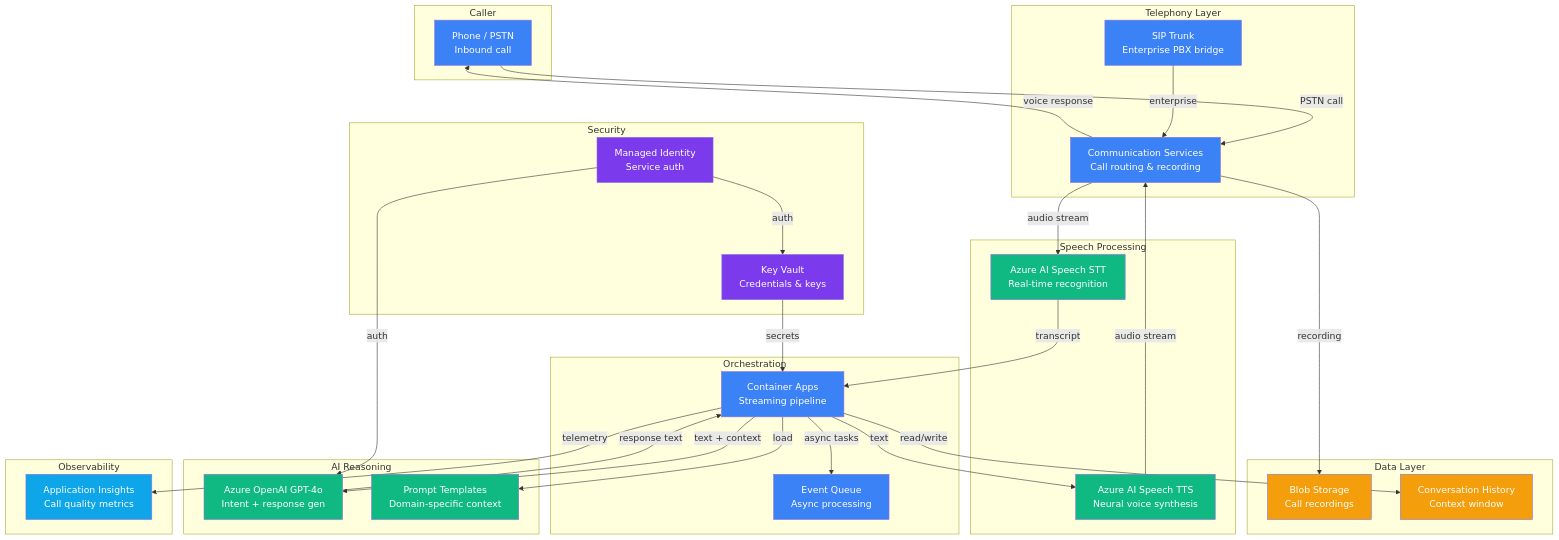
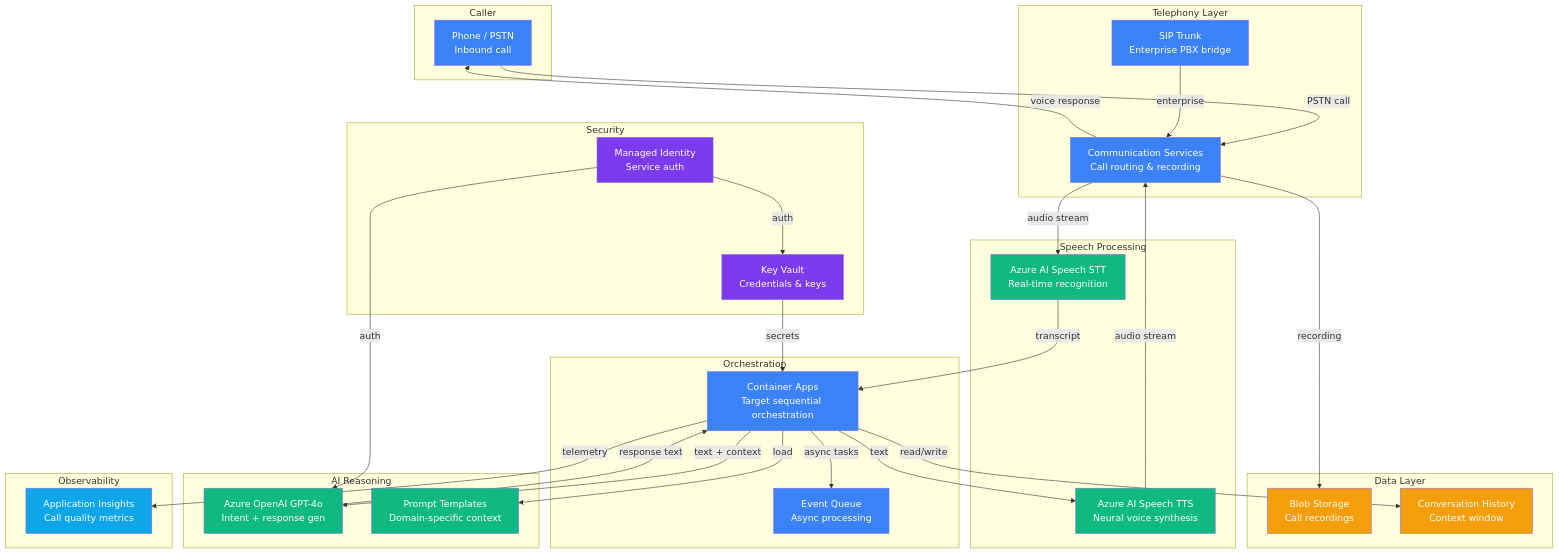
One commit to frootai/frootai changed the diagram in .factory/docs/solution-plays/04-call-center-voice-ai.mdx. Above: the diagram before and after it, drawn with Mermaid. The commit also changed other lines of this file and 103 other files, not shown here.

````diff
--- a/.factory/docs/solution-plays/04-call-center-voice-ai.mdx
+++ b/.factory/docs/solution-plays/04-call-center-voice-ai.mdx
@@ -33,73 +33,73 @@
 ```mermaid
 graph TB
     subgraph Caller["Caller"]
         PHONE[Phone / PSTN<br/>Inbound call]
     end
 
     subgraph Telephony["Telephony Layer"]
         ACS[Communication Services<br/>Call routing & recording]
         SIP[SIP Trunk<br/>Enterprise PBX bridge]
     end
 
     subgraph Speech["Speech Processing"]
         STT[Azure AI Speech STT<br/>Real-time recognition]
         TTS[Azure AI Speech TTS<br/>Neural voice synthesis]
     end
 
     subgraph AI["AI Reasoning"]
         AOAI[Azure OpenAI GPT-4o<br/>Intent + response gen]
         PROMPT[Prompt Templates<br/>Domain-specific context]
     end
 
     subgraph Pipeline["Orchestration"]
-        ORCH[Container Apps<br/>Streaming pipeline]
+        ORCH[Container Apps<br/>Target sequential orchestration]
         QUEUE[Event Queue<br/>Async processing]
     end
 
     subgraph Storage["Data Layer"]
         BLOB[Blob Storage<br/>Call recordings]
         HIST[Conversation History<br/>Context window]
     end
 
     subgraph Security["Security"]
         KV[Key Vault<br/>Credentials & keys]
         MI[Managed Identity<br/>Service auth]
     end
 
     subgraph Monitoring["Observability"]
         AI_INS[Application Insights<br/>Call quality metrics]
     end
 
     PHONE -->|PSTN call| ACS
     ACS -->|audio stream| STT
     SIP -->|enterprise| ACS
     STT -->|transcript| ORCH
     ORCH -->|text + context| AOAI
     AOAI -->|response text| ORCH
     ORCH -->|text| TTS
     TTS -->|audio stream| ACS
     ACS -->|voice response| PHONE
     ORCH -->|load| PROMPT
     ORCH -->|read/write| HIST
     ACS -->|recording| BLOB
     ORCH -->|async tasks| QUEUE
     MI -->|auth| AOAI
     MI -->|auth| KV
     KV -->|secrets| ORCH
     ORCH -->|telemetry| AI_INS
 
     style PHONE fill:#3b82f6,color:#fff
     style ACS fill:#3b82f6,color:#fff
     style SIP fill:#3b82f6,color:#fff
     style STT fill:#10b981,color:#fff
     style TTS fill:#10b981,color:#fff
     style AOAI fill:#10b981,color:#fff
     style PROMPT fill:#10b981,color:#fff
     style ORCH fill:#3b82f6,color:#fff
     style QUEUE fill:#3b82f6,color:#fff
     style BLOB fill:#f59e0b,color:#fff
     style HIST fill:#f59e0b,color:#fff
     style KV fill:#7c3aed,color:#fff
     style MI fill:#7c3aed,color:#fff
     style AI_INS fill:#0ea5e9,color:#fff
 ```
````
